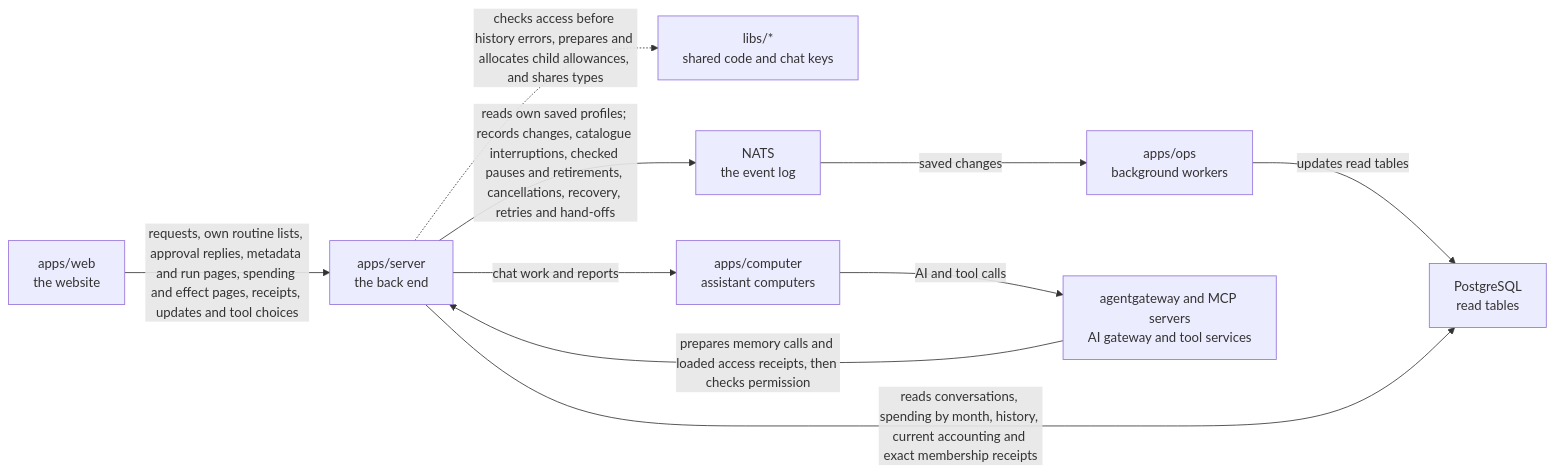
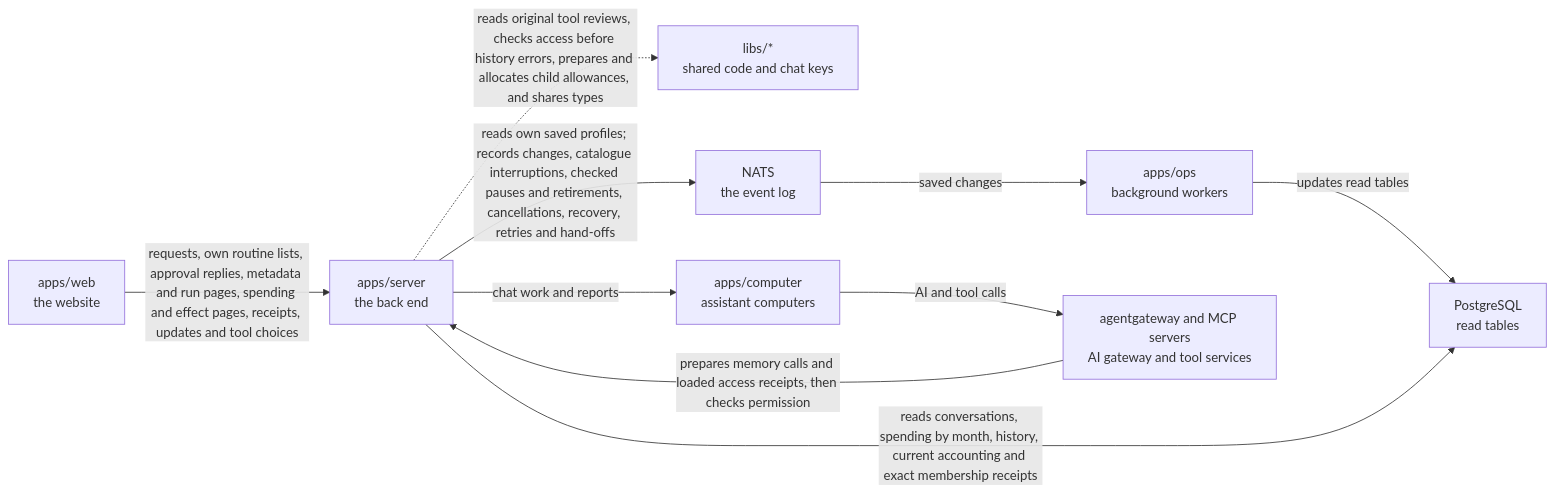
Before and after one commit to elewa-git/opencrane-new: the diagram in apps/server/README.md, drawn with Mermaid. The commit also changed other lines of this file and 7 other files, not shown here.

Commit message:
🧾 Recover original saved tool reviews

````diff
--- a/apps/server/README.md
+++ b/apps/server/README.md
@@ -61,12 +60,12 @@
 ```mermaid
 flowchart LR
   web["apps/web<br/>the website"] -->|requests, own routine lists, approval replies, metadata and run pages, spending and effect pages, receipts, updates and tool choices| server["apps/server<br/>the back end"]
-  server -.->|checks access before history errors, prepares and allocates child allowances, and shares types| libs["libs/*<br/>shared code and chat keys"]
+  server -.->|reads original tool reviews, checks access before history errors, prepares and allocates child allowances, and shares types| libs["libs/*<br/>shared code and chat keys"]
   server -->|reads own saved profiles; records changes, catalogue interruptions, checked pauses and retirements, cancellations, recovery, retries and hand-offs| nats["NATS<br/>the event log"]
   nats -->|saved changes| ops["apps/ops<br/>background workers"]
   ops -->|updates read tables| postgres["PostgreSQL<br/>read tables"]
   server -->|reads conversations, spending by month, history, current accounting and exact membership receipts| postgres
   server -->|chat work and reports| computer["apps/computer<br/>assistant computers"]
   computer -->|AI and tool calls| runtime["agentgateway and MCP servers<br/>AI gateway and tool services"]
   runtime -->|prepares memory calls and loaded access receipts, then checks permission| server
 ```
````
